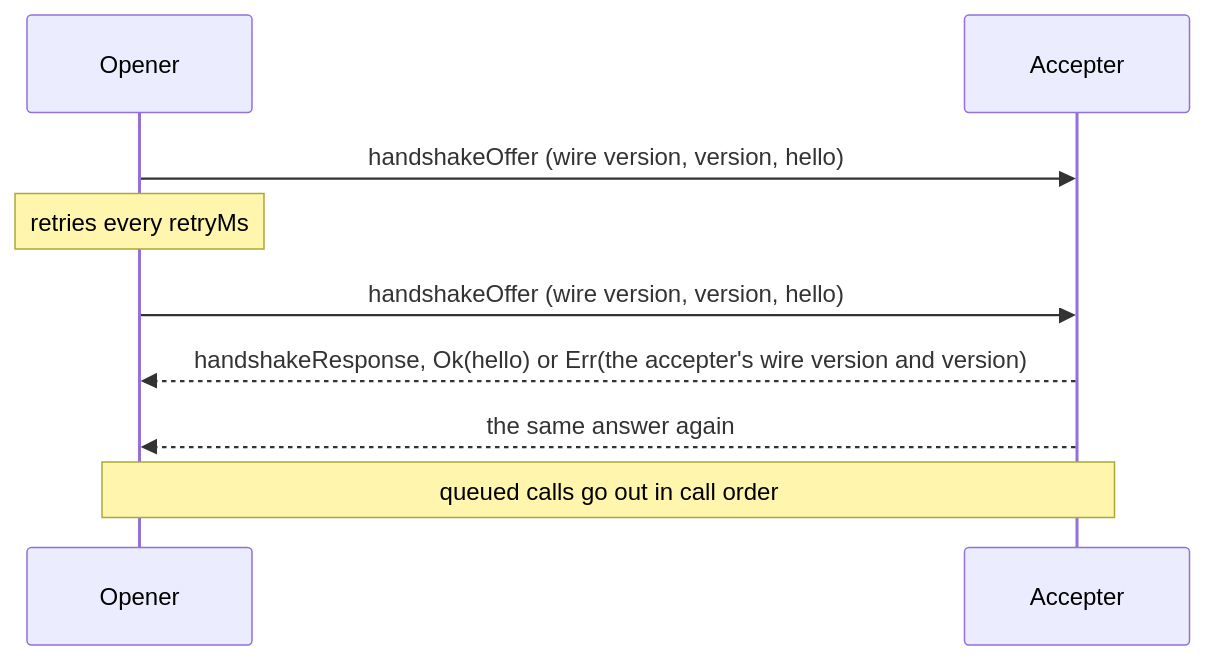
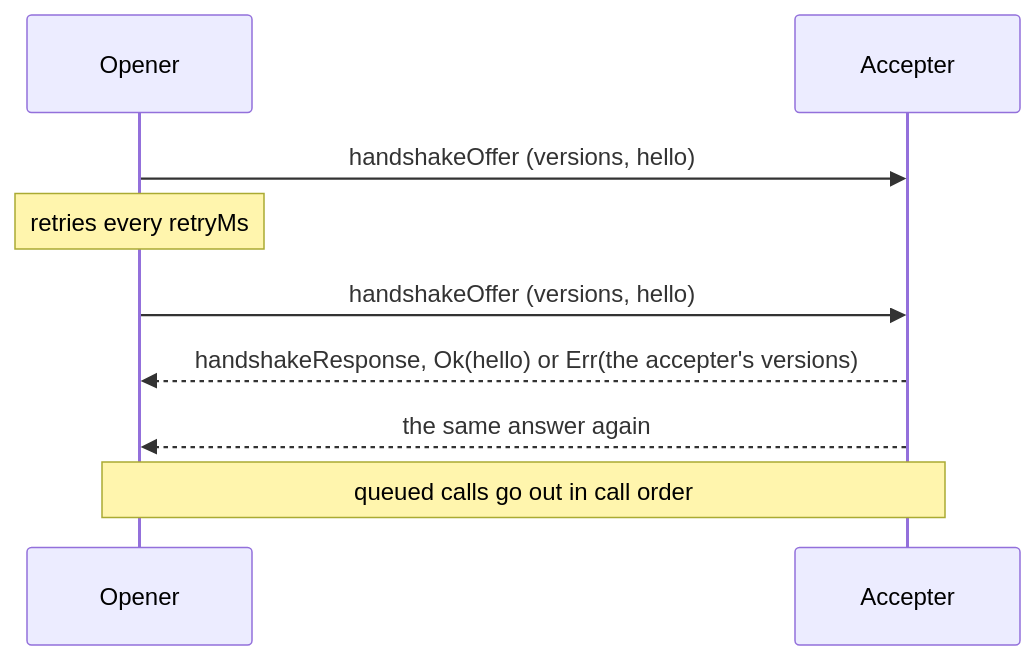
The first of 4 diagrams in packages/transport/README.md (paritytech/dotli-community), drawn with Mermaid before and after one commit. The commit also changed other lines of this file and 25 other files, not shown here.

````diff
--- a/packages/transport/README.md
+++ b/packages/transport/README.md
@@ -51,11 +53,11 @@
 ```mermaid
 sequenceDiagram
   participant O as Opener
   participant A as Accepter
-  O->>A: handshakeOffer (wire version, version, hello)
+  O->>A: handshakeOffer (versions, hello)
   Note over O: retries every retryMs
-  O->>A: handshakeOffer (wire version, version, hello)
-  A-->>O: handshakeResponse, Ok(hello) or Err(the accepter's wire version and version)
+  O->>A: handshakeOffer (versions, hello)
+  A-->>O: handshakeResponse, Ok(hello) or Err(the accepter's versions)
   A-->>O: the same answer again
   Note over O,A: queued calls go out in call order
 ```
````
